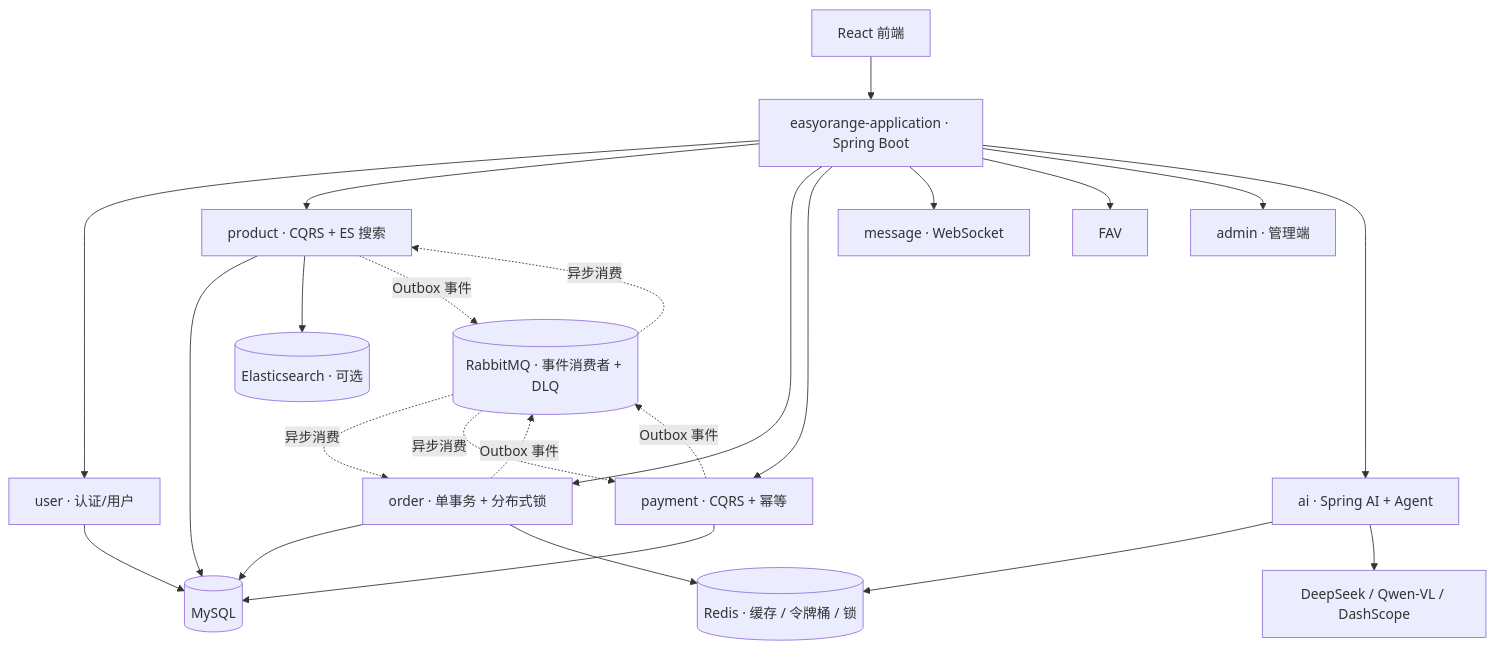
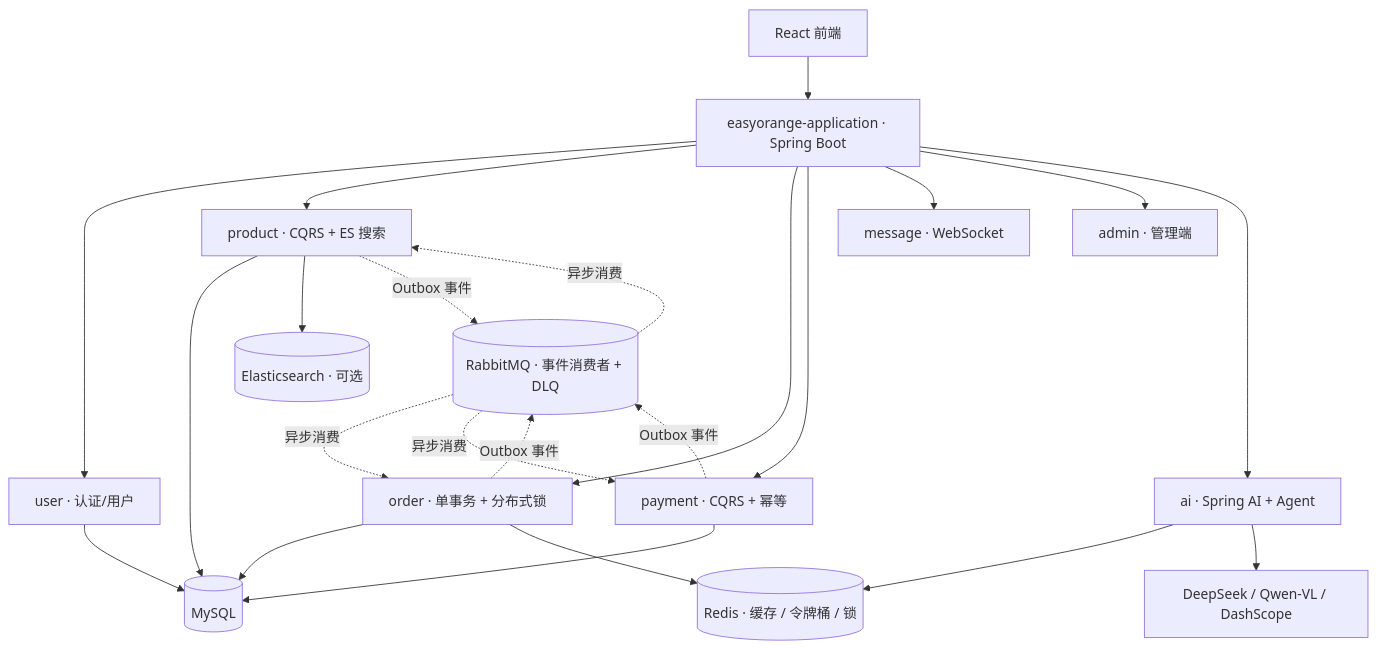
Before and after one commit to Xytheria-t/EasyOrange: the diagram in README.md, drawn with Mermaid. The commit also changed other lines of this file and 9 other files, not shown here.

````diff
--- a/README.md
+++ b/README.md
@@ -82,43 +82,42 @@
 ```mermaid
 flowchart TB
     FE["React 前端"]
     APP["easyorange-application · Spring Boot"]
     USER["user · 认证/用户"]
     PROD["product · CQRS + ES 搜索"]
     ORD["order · 单事务 + 分布式锁"]
     PAY["payment · CQRS + 幂等"]
     MSG["message · WebSocket"]
     ADMIN["admin · 管理端"]
     AI["ai · Spring AI + Agent"]
     MQ[("RabbitMQ · 事件消费者 + DLQ")]
     DB[("MySQL")]
     REDIS[("Redis · 缓存 / 令牌桶 / 锁")]
     ES[("Elasticsearch · 可选")]
     LLM["DeepSeek / Qwen-VL / DashScope"]
 
     FE --> APP
     APP --> USER
     APP --> PROD
     APP --> ORD
     APP --> PAY
     APP --> MSG
-    APP --> FAV
     APP --> ADMIN
     APP --> AI
 
     USER --> DB
     PROD --> DB
     ORD --> DB
     PAY --> DB
     PROD --> ES
     ORD --> REDIS
     AI --> REDIS
     AI --> LLM
 
     PROD -. "Outbox 事件" .-> MQ
     ORD -. "Outbox 事件" .-> MQ
     PAY -. "Outbox 事件" .-> MQ
     MQ -. "异步消费" .-> PROD
     MQ -. "异步消费" .-> ORD
     MQ -. "异步消费" .-> PAY
 ```
````
